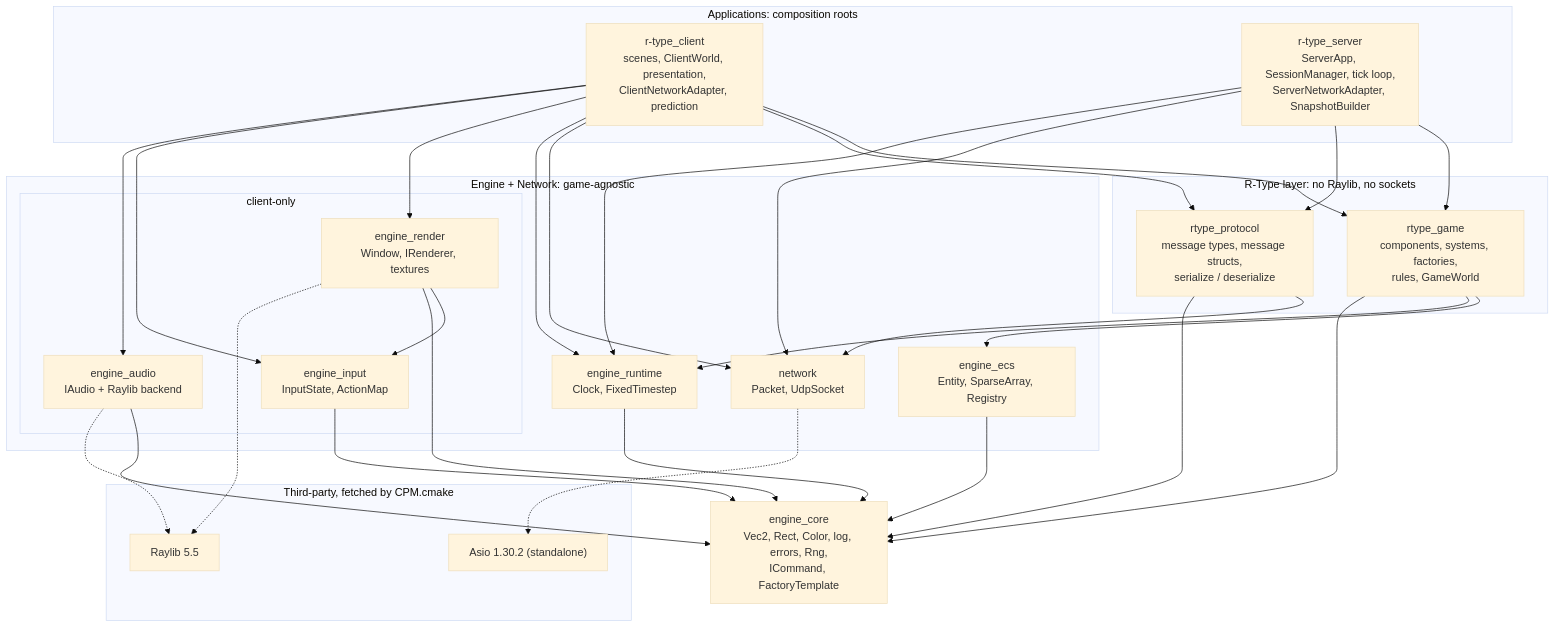
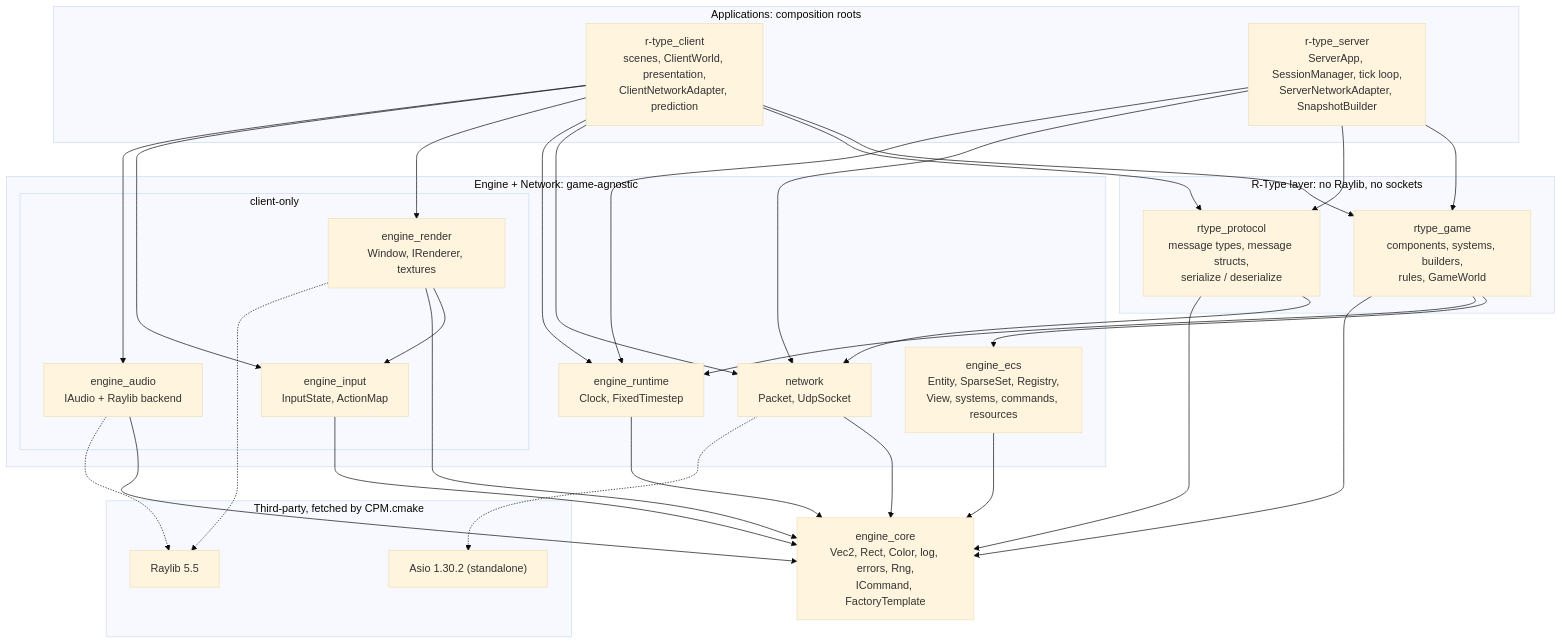
One commit to janumaruku/r-type changed the diagram in docs/architecture/overview.md. Above: the diagram before and after it, drawn with Mermaid (base theme). The commit also changed other lines of this file and 10 other files, not shown here.

````diff
--- a/docs/architecture/overview.md
+++ b/docs/architecture/overview.md
@@ -43,39 +43,40 @@
 ```mermaid
 flowchart TB
     subgraph APPS["Applications: composition roots"]
         client["r-type_client<br/>scenes, ClientWorld, presentation,<br/>ClientNetworkAdapter, prediction"]
         server["r-type_server<br/>ServerApp, SessionManager, tick loop,<br/>ServerNetworkAdapter, SnapshotBuilder"]
     end
     subgraph RTYPE["R-Type layer: no Raylib, no sockets"]
-        game["rtype_game<br/>components, systems, factories,<br/>rules, GameWorld"]
+        game["rtype_game<br/>components, systems, builders,<br/>rules, GameWorld"]
         proto["rtype_protocol<br/>message types, message structs,<br/>serialize / deserialize"]
     end
     subgraph ENGINE["Engine + Network: game-agnostic"]
         subgraph CLIENTONLY["client-only"]
             render["engine_render<br/>Window, IRenderer, textures"]
             input["engine_input<br/>InputState, ActionMap"]
             audio["engine_audio<br/>IAudio + Raylib backend"]
         end
         runtime["engine_runtime<br/>Clock, FixedTimestep"]
-        ecs["engine_ecs<br/>Entity, SparseArray, Registry"]
+        ecs["engine_ecs<br/>Entity, SparseSet, Registry,<br/>View, systems, commands, resources"]
         net["network<br/>Packet, UdpSocket"]
     end
     core["engine_core<br/>Vec2, Rect, Color, log, errors, Rng,<br/>ICommand, FactoryTemplate"]
     subgraph TP["Third-party, fetched by CPM.cmake"]
         raylib["Raylib 5.5"]
         asio["Asio 1.30.2 (standalone)"]
     end
 
     client --> game & proto & net & runtime & render & input & audio
     server --> game & proto & net & runtime
     game --> ecs & runtime & core
     proto --> net & core
+    net --> core
     render --> input & core
     input --> core
     audio --> core
     ecs --> core
     runtime --> core
     render -.-> raylib
     audio -.-> raylib
     net -.-> asio
 ```
````
